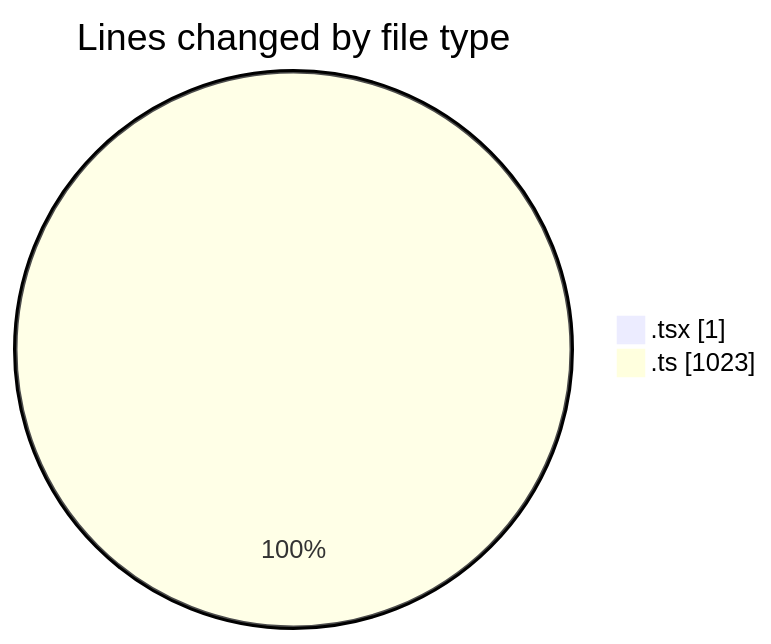
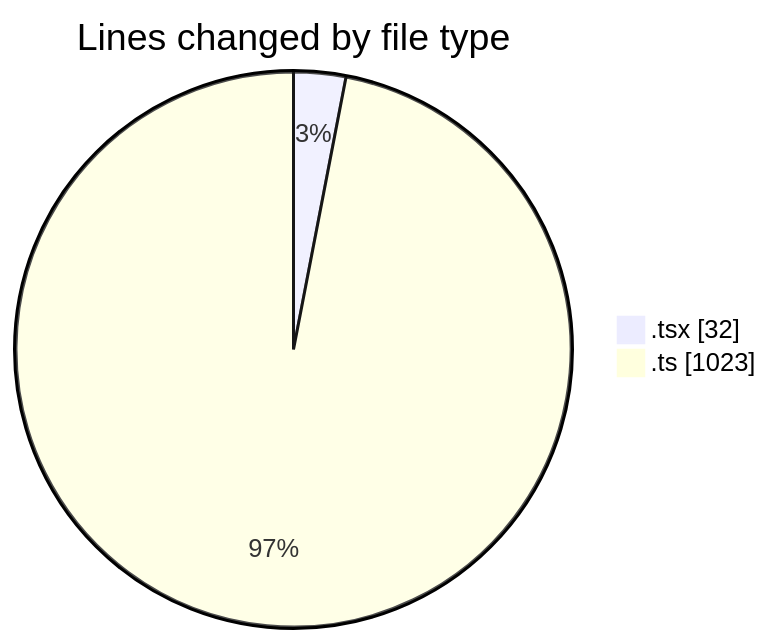
One commit to JenPaints/code-tracking changed the first of 2 diagrams in 2025-06-26/archive/README.md. Above: the diagram before and after it, drawn with Mermaid. The commit also changed other lines of this file and 1 other file, not shown here.

````diff
--- a/2025-06-26/archive/README.md
+++ b/2025-06-26/archive/README.md
@@ -22,6 +23,6 @@
 ```mermaid
 pie showData
 title Lines changed by file type
-".tsx" : 1
+".tsx" : 32
 ".ts" : 1023
 ```
````
